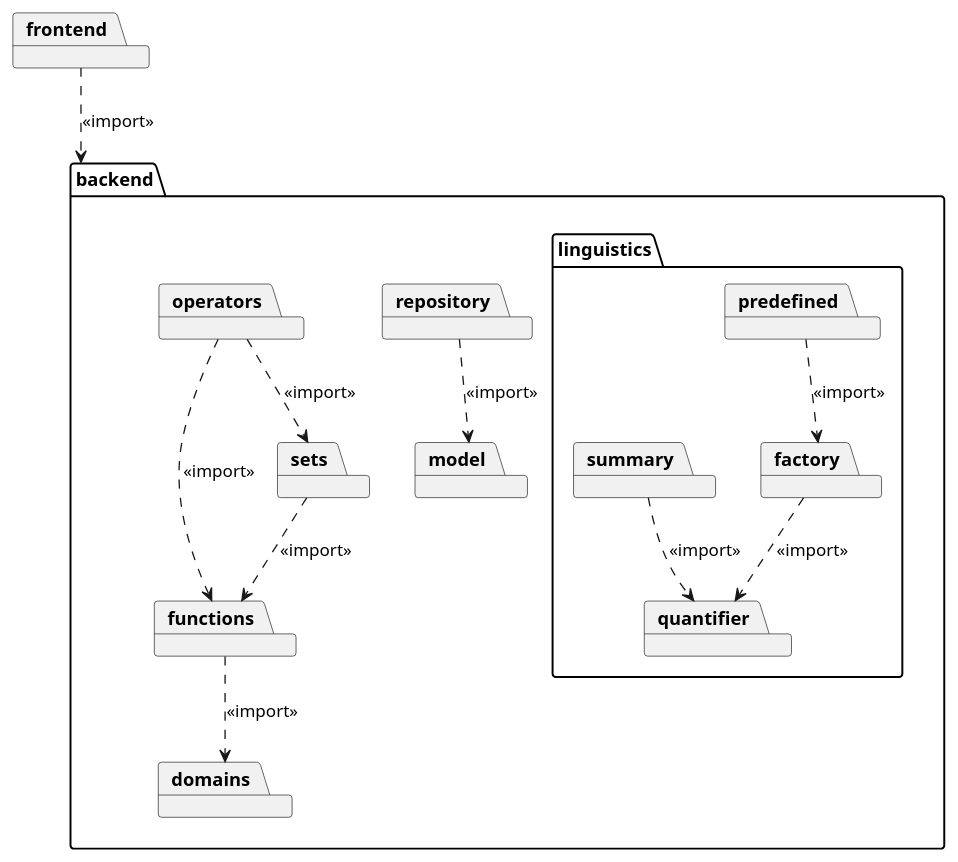
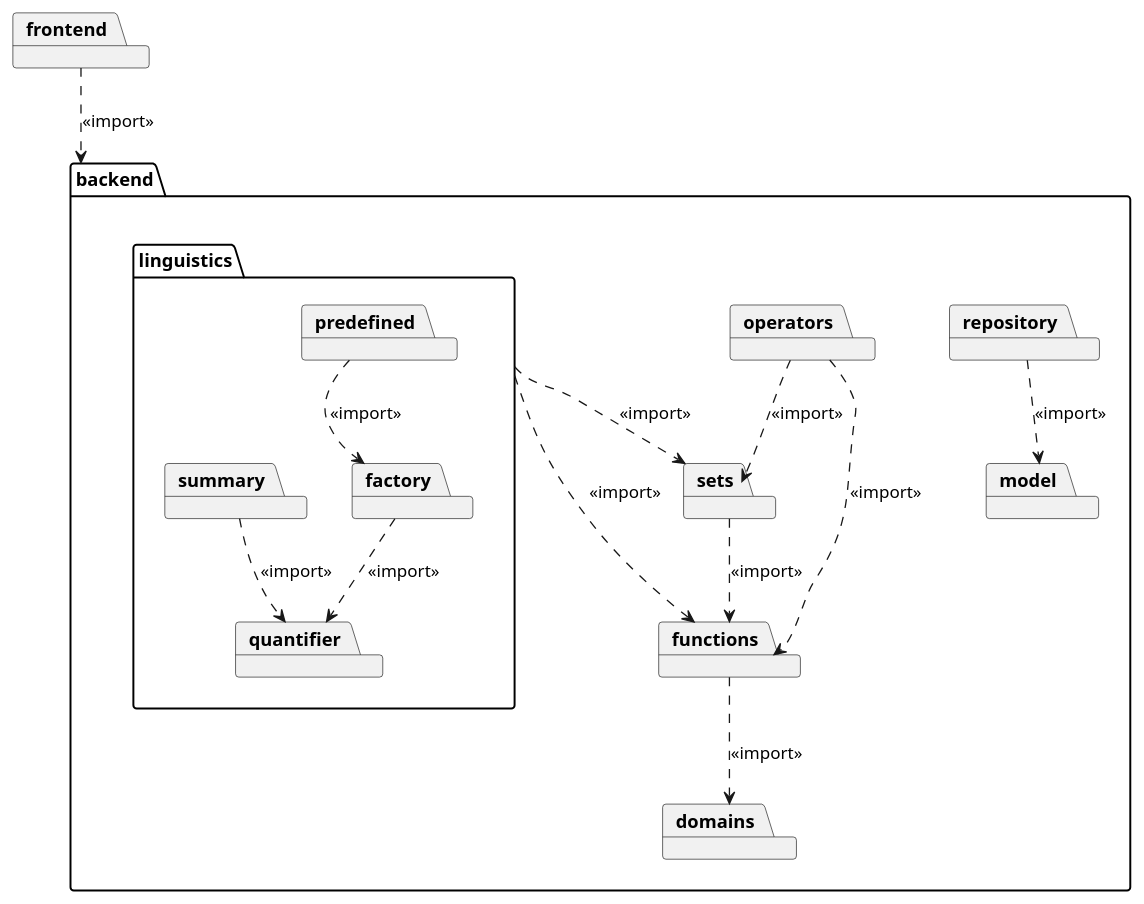
Before and after one commit to kambed/Computer-Recognition-Systems: the first of 9 diagrams in task2/README.md, drawn with PlantUML.

Commit message:
import set and functions to linguistic

````diff
--- a/task2/README.md
+++ b/task2/README.md
@@ -13,28 +13,31 @@
 ```plantuml
 package backend {
     package functions
     package domains
     package model
     package repository
     package sets
     package operators
     package linguistics {
         package factory
         package predefined
         package quantifier
         package summary
         predefined ..> factory: <<import>>
         factory ..> quantifier: <<import>>
         summary ..> quantifier: <<import>>
     }
     
     functions ..> domains: <<import>> 
     repository ..> model: <<import>>
     operators ..> sets: <<import>>
     operators ..> functions: <<import>>
     sets ..> functions: <<import>>
+    
+    linguistics ..> functions: <<import>>
+    linguistics ..> sets: <<import>>
 }
 package frontend {
 }
 frontend ..> backend: <<import>>
 ```
````
